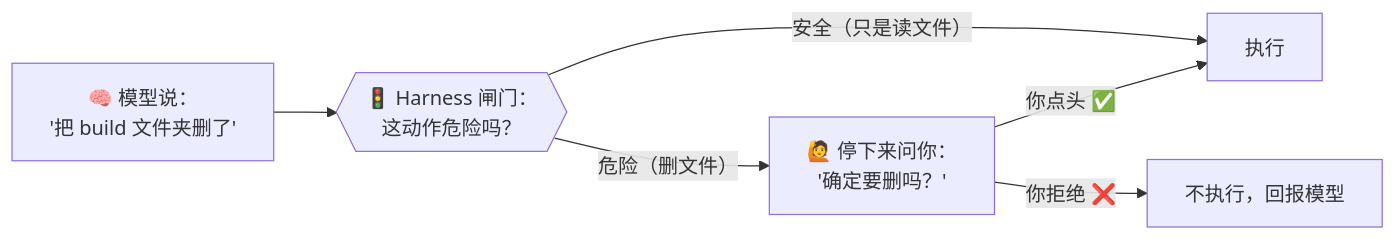
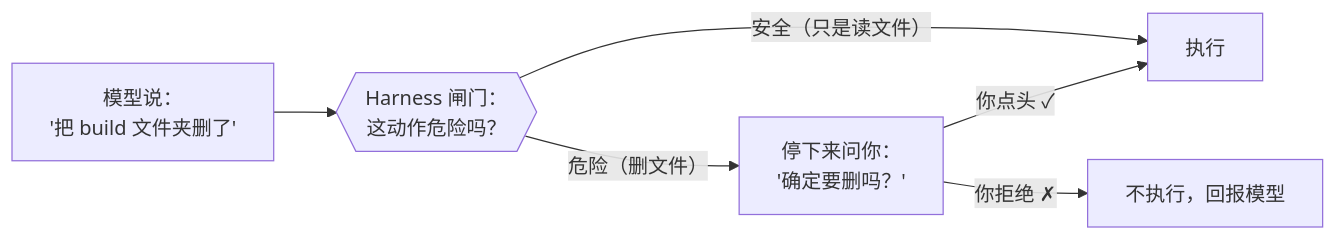
The fifth of 7 diagrams in docs/02_CONCEPTS_概念入门/CONCEPT/[CONCEPT-16] 什么是Harness-智能体运行骨架.md (luckykhy/KhyAiHub), drawn with Mermaid before and after one commit. The commit also changed other lines of this file and 19 other files, not shown here.

````diff
--- a/docs/02_CONCEPTS_概念入门/CONCEPT/[CONCEPT-16] 什么是Harness-智能体运行骨架.md
+++ b/docs/02_CONCEPTS_概念入门/CONCEPT/[CONCEPT-16] 什么是Harness-智能体运行骨架.md
@@ -150,8 +150,8 @@
 ```mermaid
 flowchart LR
-  MODEL["🧠 模型说：<br/>'把 build 文件夹删了'"] --> GATE{{"🚦 Harness 闸门：<br/>这动作危险吗？"}}
-  GATE -->|"危险（删文件）"| ASKYOU["🙋 停下来问你：<br/>'确定要删吗？'"]
-  ASKYOU -->|"你点头 ✅"| GO["执行"]
-  ASKYOU -->|"你拒绝 ❌"| STOP["不执行，回报模型"]
+  MODEL["模型说：<br/>'把 build 文件夹删了'"] --> GATE{{"Harness 闸门：<br/>这动作危险吗？"}}
+  GATE -->|"危险（删文件）"| ASKYOU["停下来问你：<br/>'确定要删吗？'"]
+  ASKYOU -->|"你点头 ✓"| GO["执行"]
+  ASKYOU -->|"你拒绝 ✗"| STOP["不执行，回报模型"]
   GATE -->|"安全（只是读文件）"| GO
 ```
````
